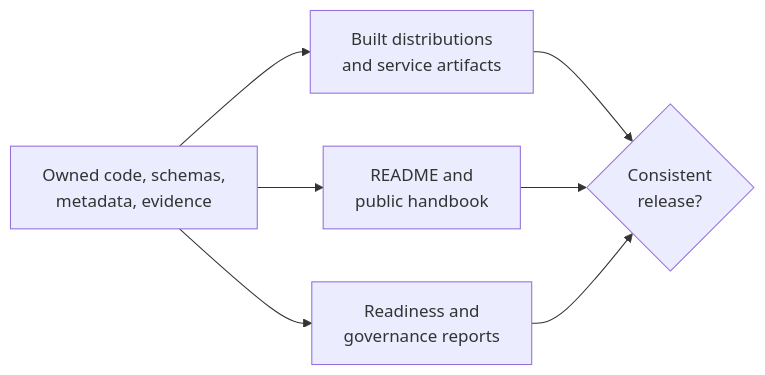
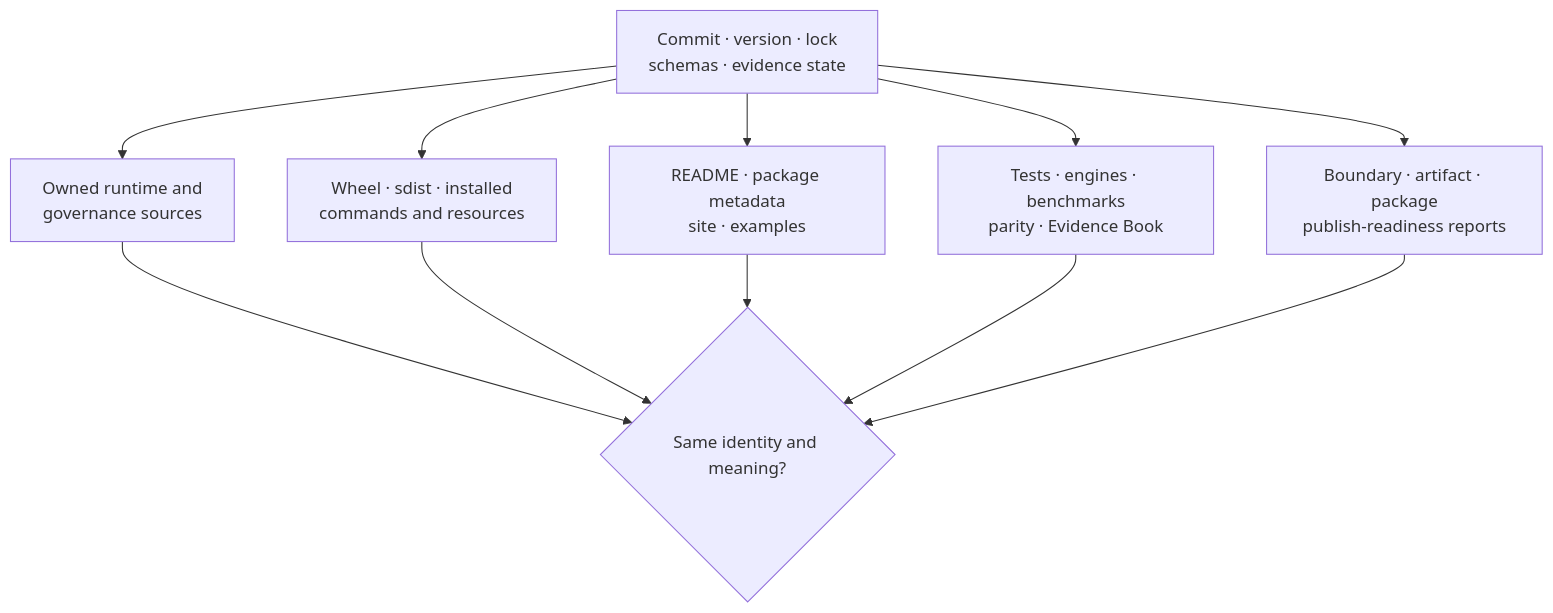
Before and after one commit to bijux/bijux-phylogenetics: the diagram in docs/05-bijux-phylogenetics-maintain/repository-operations/release-surface-alignment.md, drawn with Mermaid. The commit also changed other lines of this file and 4 other files, not shown here.

````diff
--- a/docs/05-bijux-phylogenetics-maintain/repository-operations/release-surface-alignment.md
+++ b/docs/05-bijux-phylogenetics-maintain/repository-operations/release-surface-alignment.md
@@ -18,12 +18,16 @@
 ```mermaid
-flowchart LR
-    source["Owned code, schemas,<br/>metadata, evidence"]
-    builds["Built distributions<br/>and service artifacts"]
-    prose["README and<br/>public handbook"]
-    reports["Readiness and<br/>governance reports"]
-    decision{"Consistent<br/>release?"}
+flowchart TD
+    candidate["Commit · version · lock<br/>schemas · evidence state"]
+    source["Owned runtime and<br/>governance sources"]
+    builds["Wheel · sdist · installed<br/>commands and resources"]
+    public["README · package metadata<br/>site · examples"]
+    assurance["Tests · engines · benchmarks<br/>parity · Evidence Book"]
+    reports["Boundary · artifact · package<br/>publish-readiness reports"]
+    decision{"Same identity and meaning?"}
 
-    source --> builds --> decision
-    source --> prose --> decision
-    source --> reports --> decision
+    candidate --> source --> decision
+    candidate --> builds --> decision
+    candidate --> public --> decision
+    candidate --> assurance --> decision
+    candidate --> reports --> decision
 ```
````
